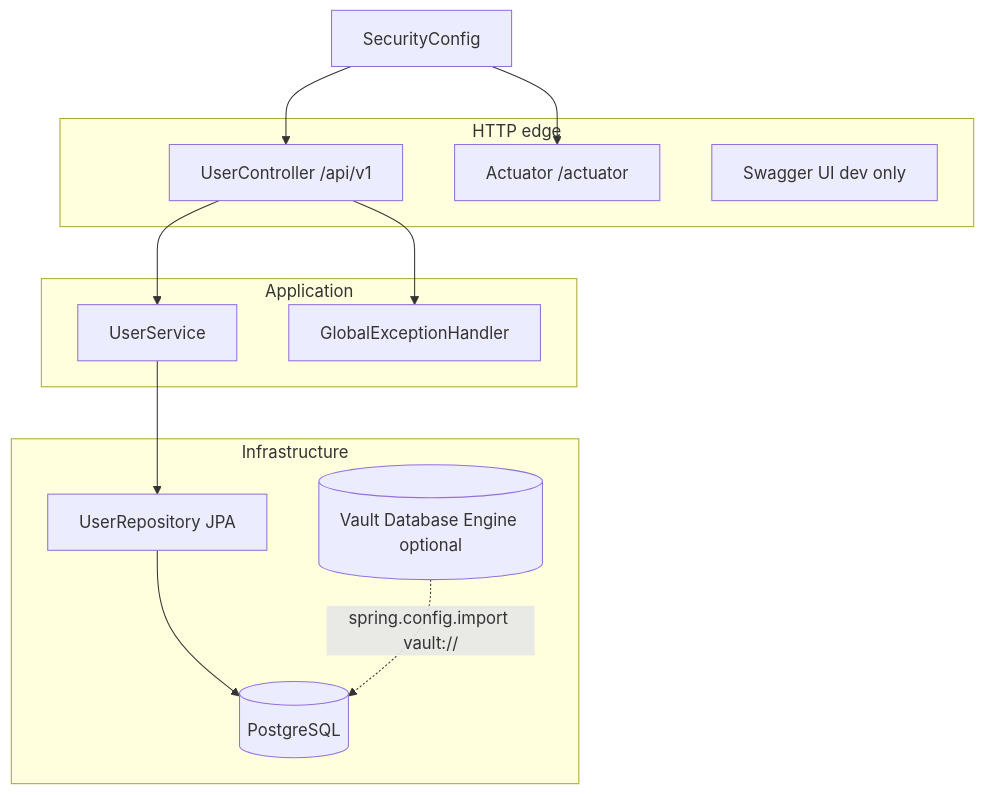
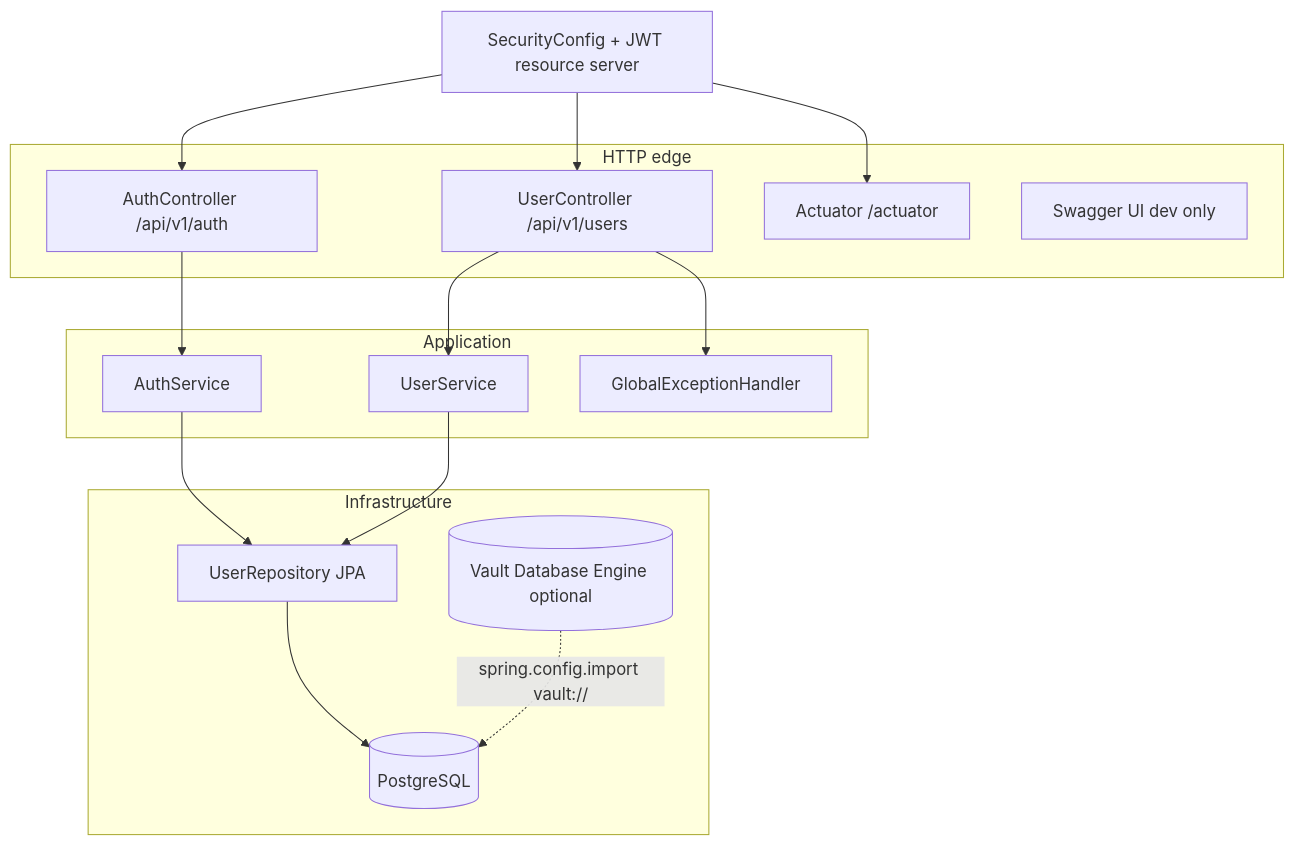
One commit to KleilsonSantos/VaultSpring changed the third of 5 diagrams in docs/architecture.md. Above: the diagram before and after it, drawn with Mermaid. The commit also changed other lines of this file, not shown here.

First line of the commit message:
docs(architecture): align security model with SecurityConfig and JWT

````diff
--- a/docs/architecture.md
+++ b/docs/architecture.md
@@ -62,24 +62,29 @@
 ```mermaid
 flowchart TB
   subgraph edge [HTTP edge]
-    UC[UserController /api/v1]
+    AC[AuthController /api/v1/auth]
+    UC[UserController /api/v1/users]
     ACT[Actuator /actuator]
     DOC[Swagger UI dev only]
   end
   subgraph app [Application]
+    AS[AuthService]
     US[UserService]
     GEH[GlobalExceptionHandler]
   end
   subgraph infra [Infrastructure]
     UR[UserRepository JPA]
     PG[(PostgreSQL)]
     VLT[(Vault Database Engine optional)]
   end
+  AC --> AS
   UC --> US
   UC --> GEH
+  AS --> UR
   US --> UR
   UR --> PG
   VLT -.->|spring.config.import vault://| PG
-  SC[SecurityConfig] --> UC
+  SC[SecurityConfig + JWT resource server] --> AC
+  SC --> UC
   SC --> ACT
 ```
````
